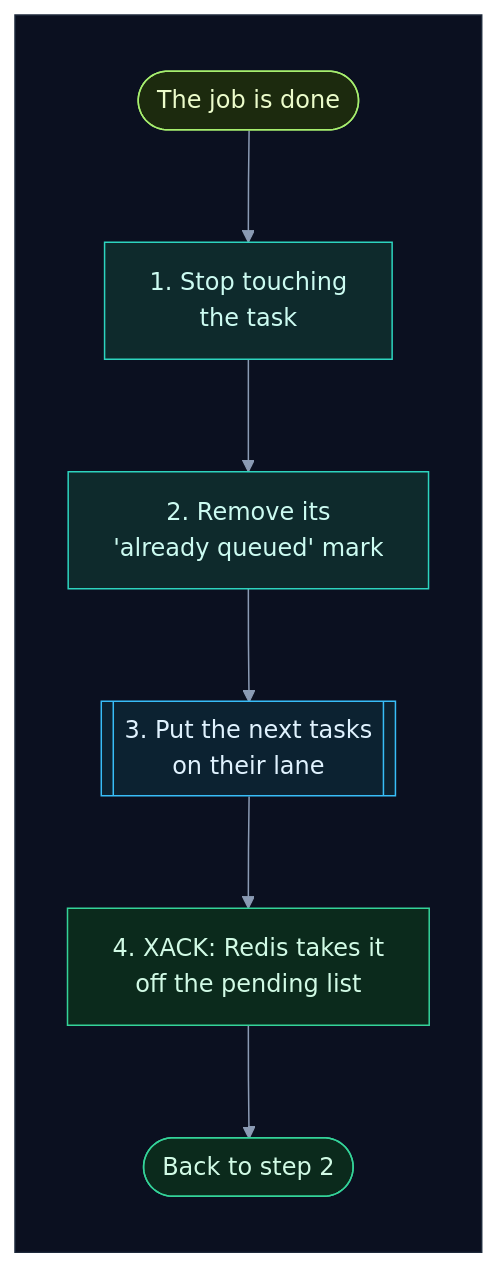
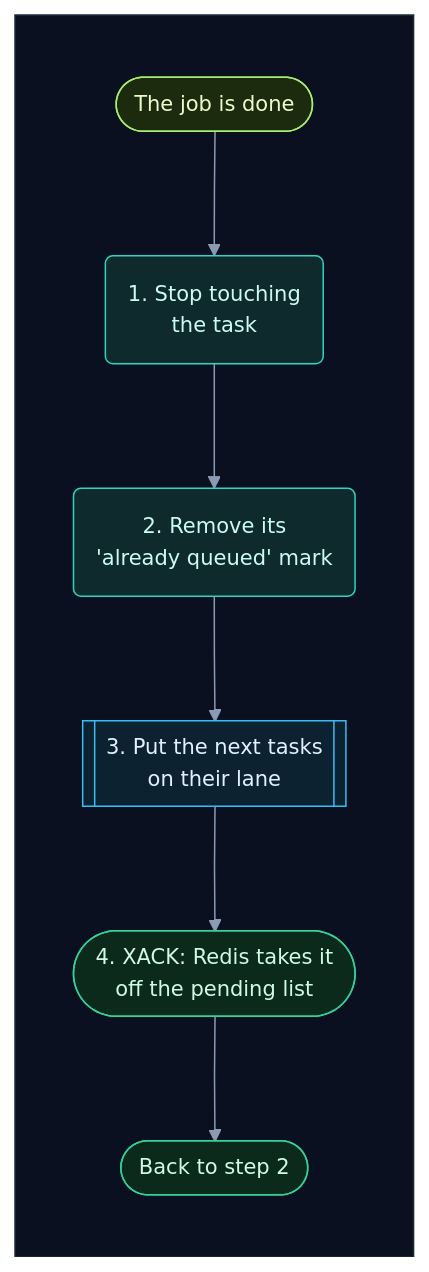
One commit to selvakumarperumal/Regulatory_Circular_Impact_Agent changed diagram 15 of 45 in backend/worker/INTERNALS.md. Above: the diagram before and after it, drawn with Mermaid. The commit also changed other lines of this file and 5 other files, not shown here.

Commit message:
Give the docs' flowcharts a shape per kind of part, more room and slightly smaller text

````diff
--- a/backend/worker/INTERNALS.md
+++ b/backend/worker/INTERNALS.md
@@ -865,27 +865,27 @@
 ```mermaid
-%%{init: {"theme": "base", "flowchart": {"diagramPadding": 0}, "themeVariables": {"darkMode": true, "primaryColor": "#16213a", "primaryTextColor": "#e6edf7", "primaryBorderColor": "#475a7a", "lineColor": "#8b9bb4", "secondaryColor": "#1b2436", "tertiaryColor": "#101a2e", "edgeLabelBackground": "#0f172a", "textColor": "#e2e8f0", "clusterBkg": "#0f1728", "clusterBorder": "#2b3a55", "titleColor": "#c4b5fd", "nodeTextColor": "#e6edf7"}}}%%
+%%{init: {"theme": "base", "flowchart": {"diagramPadding": 0, "nodeSpacing": 58, "rankSpacing": 58, "curve": "basis"}, "themeVariables": {"fontSize": "14px", "darkMode": true, "primaryColor": "#16213a", "primaryTextColor": "#e6edf7", "primaryBorderColor": "#475a7a", "lineColor": "#8b9bb4", "secondaryColor": "#1b2436", "tertiaryColor": "#101a2e", "edgeLabelBackground": "#0f172a", "textColor": "#e2e8f0", "clusterBkg": "#0f1728", "clusterBorder": "#2b3a55", "titleColor": "#c4b5fd", "nodeTextColor": "#e6edf7"}}}%%
 flowchart TD
     subgraph canvas[" "]
         direction TB
-        d(["The job is done"]) --> u["1. Stop touching<br/>the task"]
-        u --> k["2. Remove its<br/>'already queued' mark"]
+        d(["The job is done"]) --> u("1. Stop touching<br/>the task")
+        u --> k("2. Remove its<br/>'already queued' mark")
         k --> n[["3. Put the next tasks<br/>on their lane"]]
-        n --> a["4. XACK: Redis takes it<br/>off the pending list"]
+        n --> a(["4. XACK: Redis takes it<br/>off the pending list"])
         a --> b(["Back to step 2"])
     end
     classDef svc fill:#0e2a2c,stroke:#2dd4bf,color:#ccfbf1
     classDef data fill:#1c1a47,stroke:#818cf8,color:#e0e7ff
     classDef ext fill:#2a1640,stroke:#c084fc,color:#f3e8ff
     classDef gpu fill:#2d1b0c,stroke:#fb923c,color:#ffedd5
     classDef ask fill:#2a2410,stroke:#fbbf24,color:#fef3c7
     classDef ok fill:#0b2a1c,stroke:#34d399,color:#d1fae5
     classDef bad fill:#2e0f17,stroke:#fb7185,color:#ffe4e6
     classDef start fill:#1c2a0e,stroke:#a7ef6f,color:#ecfccb
     classDef muted fill:#1a2130,stroke:#64748b,color:#cbd5e1
     classDef queue fill:#0c2231,stroke:#38bdf8,color:#e0f2fe
     class d start
     class u,k svc
     class n queue
     class a,b ok
     style canvas fill:#0b1020,stroke:#1e293b,color:#0b1020
 ```
````
